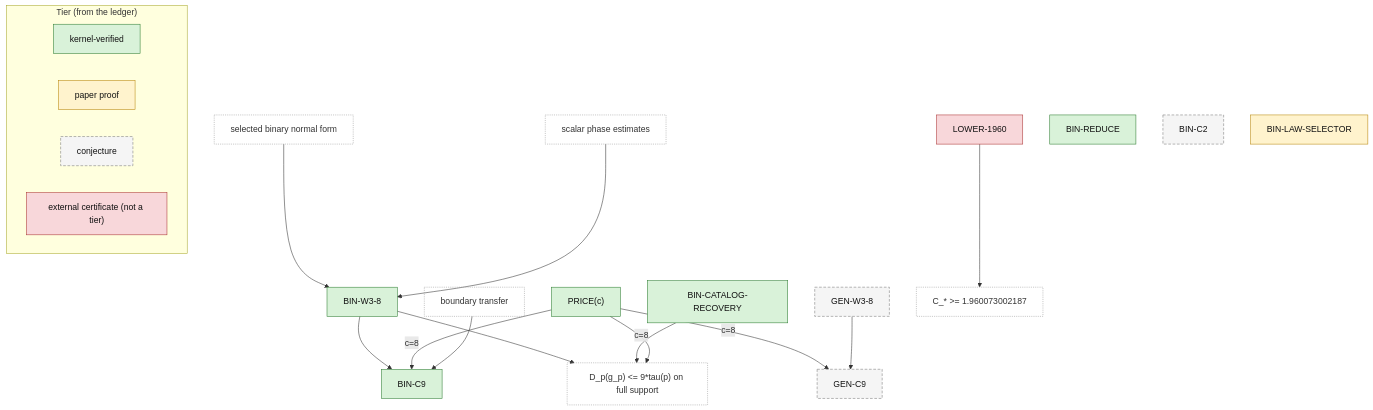
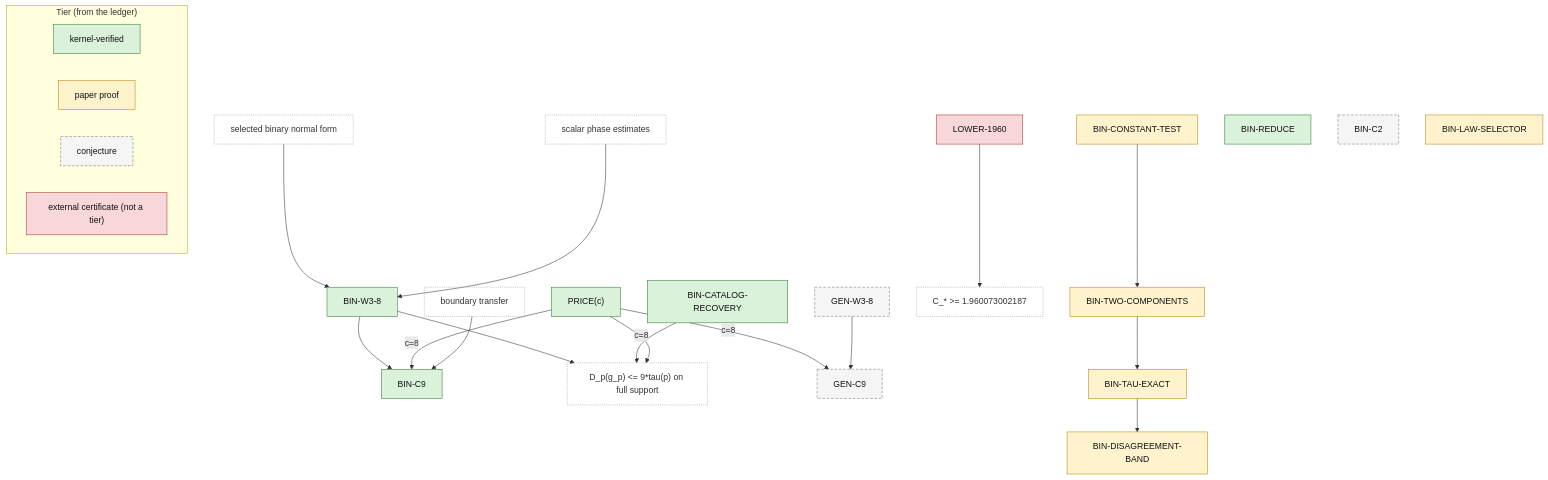
One commit to AlexisOlson/stochastic-to-deterministic-latents changed the diagram in docs/claims.md. Above: the diagram before and after it, drawn with Mermaid. The commit also changed other lines of this file and 6 other files, not shown here.

````diff
--- a/docs/claims.md
+++ b/docs/claims.md
@@ -36,45 +44,52 @@
 ```mermaid
 %% Claim DAG from docs/claims.md. Edge A --> B means B depends on A.
 %% Node colour is the ledger tier; dashed plain nodes are inputs that are not claims.
 %% Generated by gen_diagrams.py; do not edit by hand.
 graph TD
   selected_binary_normal_form["selected binary normal form"]:::aux
   BIN_W3_8["BIN-W3-8"]:::kernel
   scalar_phase_estimates["scalar phase estimates"]:::aux
   BIN_C9["BIN-C9"]:::kernel
   PRICE_c["PRICE(c)"]:::kernel
   boundary_transfer["boundary transfer"]:::aux
   D_p_g_p_9_tau_p_on_full_support["D_p(g_p) <= 9*tau(p) on full support"]:::aux
   BIN_CATALOG_RECOVERY["BIN-CATALOG-RECOVERY"]:::kernel
   GEN_C9["GEN-C9"]:::conjecture
   GEN_W3_8["GEN-W3-8"]:::conjecture
   LOWER_1960["LOWER-1960"]:::external
   C_1_960073002187["C_* >= 1.960073002187"]:::aux
+  BIN_CONSTANT_TEST["BIN-CONSTANT-TEST"]:::paper
+  BIN_TWO_COMPONENTS["BIN-TWO-COMPONENTS"]:::paper
+  BIN_TAU_EXACT["BIN-TAU-EXACT"]:::paper
+  BIN_DISAGREEMENT_BAND["BIN-DISAGREEMENT-BAND"]:::paper
   BIN_REDUCE["BIN-REDUCE"]:::kernel
   BIN_C2["BIN-C2"]:::conjecture
   BIN_LAW_SELECTOR["BIN-LAW-SELECTOR"]:::paper
   selected_binary_normal_form --> BIN_W3_8
   scalar_phase_estimates --> BIN_W3_8
   BIN_W3_8 --> BIN_C9
   PRICE_c -- "c=8" --> BIN_C9
   boundary_transfer --> BIN_C9
   BIN_W3_8 --> D_p_g_p_9_tau_p_on_full_support
   BIN_CATALOG_RECOVERY --> D_p_g_p_9_tau_p_on_full_support
   PRICE_c -- "c=8" --> D_p_g_p_9_tau_p_on_full_support
   PRICE_c -- "c=8" --> GEN_C9
   GEN_W3_8 --> GEN_C9
   LOWER_1960 --> C_1_960073002187
+  BIN_CONSTANT_TEST --> BIN_TWO_COMPONENTS
+  BIN_TWO_COMPONENTS --> BIN_TAU_EXACT
+  BIN_TAU_EXACT --> BIN_DISAGREEMENT_BAND
   subgraph LEGEND["Tier (from the ledger)"]
     direction LR
     L_kernel["kernel-verified"]:::kernel
     L_paper["paper proof"]:::paper
     L_conjecture["conjecture"]:::conjecture
     L_external["external certificate (not a tier)"]:::external
   end
   classDef kernel fill:#d9f2d9,stroke:#2e7d32,color:#111;
   classDef paper fill:#fff3cd,stroke:#b8860b,color:#111;
   classDef interval fill:#dbe9ff,stroke:#1e5aa8,color:#111;
   classDef conjecture fill:#f5f5f5,stroke:#777,stroke-dasharray:5 3,color:#111;
   classDef external fill:#f8d7da,stroke:#a33,color:#111;
   classDef aux fill:none,stroke:#999,stroke-dasharray:2 2,color:#333;
 ```
````
